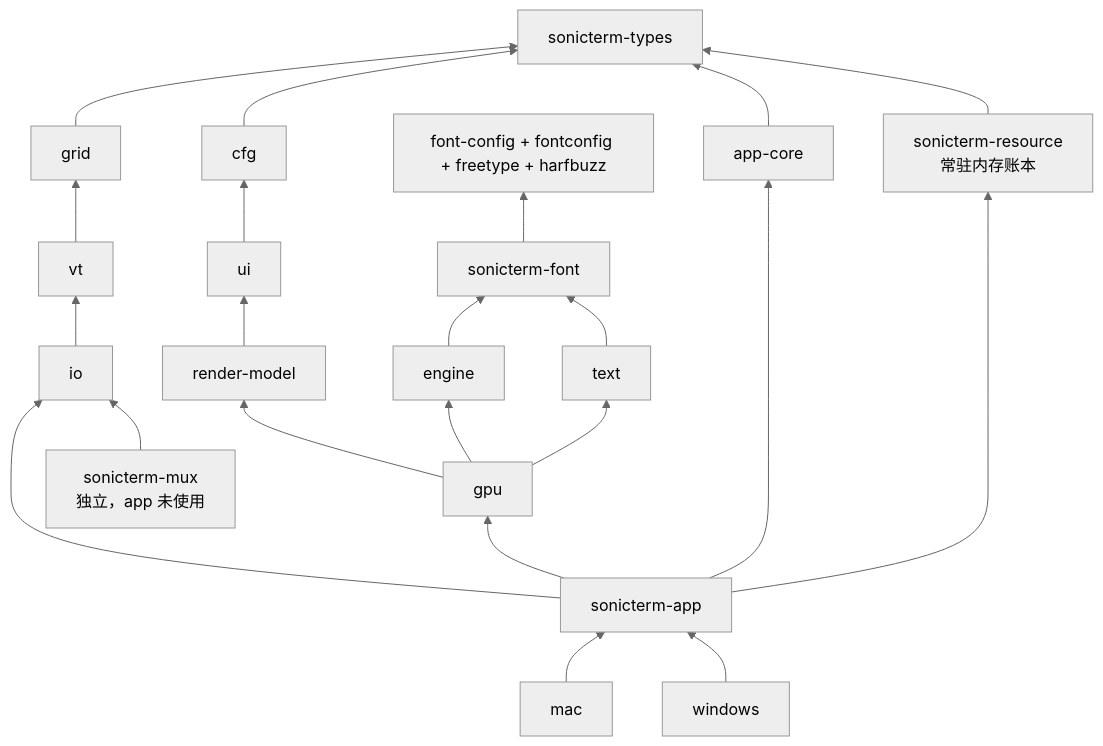
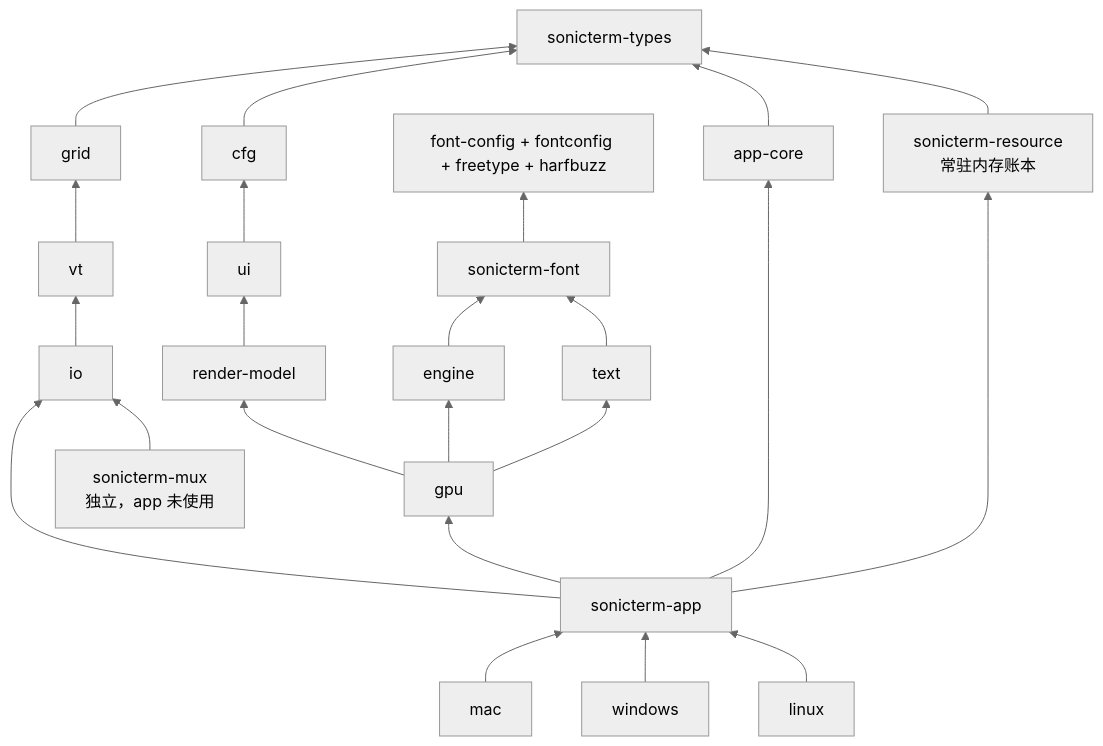
The second of 2 diagrams in wiki/Crate-Reference.md (D0n9X1n/SonicTerm), drawn with Mermaid (neutral theme) before and after one commit. The commit also changed other lines of this file and 70 other files, not shown here.

````diff
--- a/wiki/Crate-Reference.md
+++ b/wiki/Crate-Reference.md
@@ -346,45 +361,47 @@
 ```mermaid
 flowchart BT
     types["sonicterm-types"]
     grid["grid"]
     cfg["cfg"]
     appcore["app-core"]
     vt["vt"]
     ui["ui"]
     rm["render-model"]
     io["io"]
     gpu["gpu"]
     app["sonicterm-app"]
     mac["mac"]
     win["windows"]
+    linux["linux"]
     fontsrc["font-config + fontconfig + freetype + harfbuzz"]
     font["sonicterm-font"]
     engine["engine"]
     text["text"]
     mux["sonicterm-mux<br/>独立，app 未使用"]
     res["sonicterm-resource<br/>常驻内存账本"]
 
     grid --> types
     cfg --> types
     appcore --> types
     vt --> grid
     ui --> cfg
     rm --> ui
     io --> vt
     gpu --> rm
     app --> io
     app --> gpu
     app --> appcore
     mac --> app
     win --> app
+    linux --> app
 
     font --> fontsrc
     engine --> font
     text --> font
     gpu --> engine
     gpu --> text
 
     mux --> io
     res --> types
     app --> res
 ```
````
